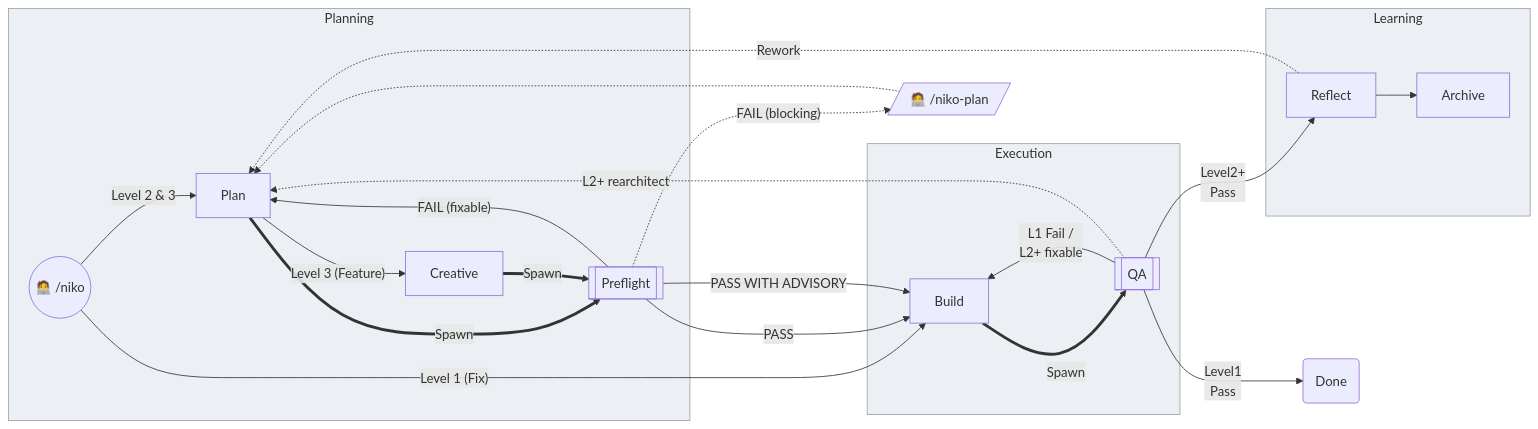
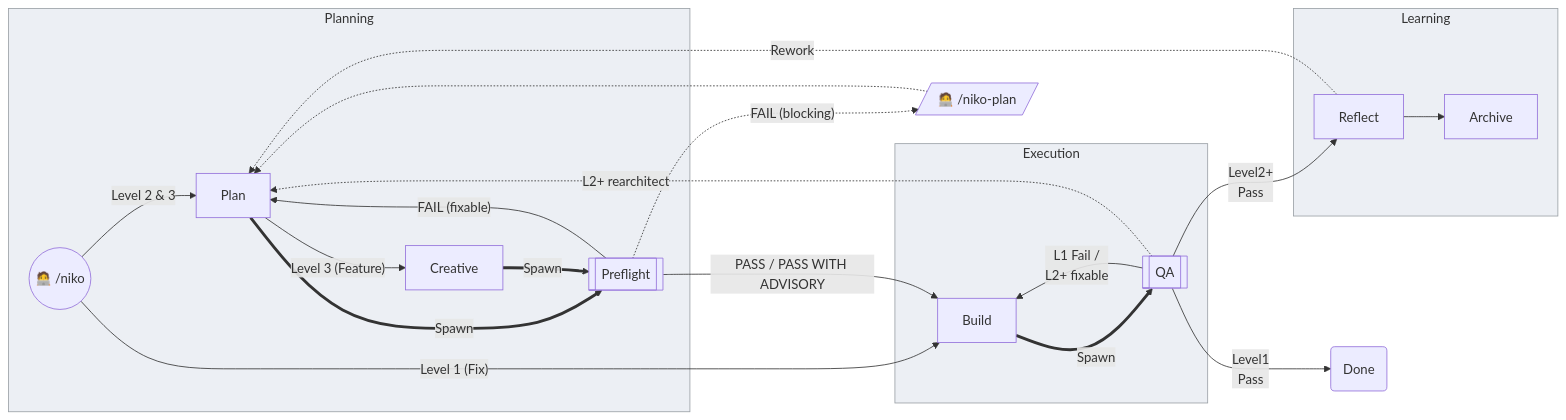
One commit to Texarkanine/.cursor-rules changed the second of 6 diagrams in rulesets/niko/README.md. Above: the diagram before and after it, drawn with Mermaid. The commit also changed other lines of this file and 3 other files, not shown here.

Commit message:
fix(niko): combine Preflight PASS chart edges [#114]

````diff
--- a/rulesets/niko/README.md
+++ b/rulesets/niko/README.md
@@ -88,40 +87,39 @@
 ```mermaid
 flowchart LR
 	Niko(("🧑‍💻 /niko"))
 	Archive["Archive"]
 
 	subgraph Planning
 		Plan["Plan"]
 		Creative["Creative"]
 		Niko -- "Level 2 & 3" --> Plan
 		Plan -- "Level 3 (Feature)" --> Creative
 		Plan ==Spawn==> NikoPreflight[["Preflight"]]
 		Creative ==Spawn==> NikoPreflight
 	end
 
 	Niko -- "Level 1 (Fix)" --> Build
-	NikoPreflight -->|"PASS"| Build
-	NikoPreflight -->|"PASS WITH ADVISORY"| Build
+	NikoPreflight -->|"PASS / PASS WITH ADVISORY"| Build
 	NikoPreflight -->|"FAIL (fixable)"| Plan
 	NikoPreflight -.->|"FAIL (blocking)"| ManualPlan[/"🧑‍💻 /niko-plan"/]
 	ManualPlan -.-> Plan
 
 	subgraph Execution
 		Build["Build"]
 		Build ==Spawn==> NikoQA[["QA"]]
 	end
 
 	NikoQA -->|"L1 Fail /<br>L2+ fixable"| Build
 	NikoQA -.->|"L2+ rearchitect"| Plan
 	NikoQA -->|"Level1<br>Pass"| Done("Done")
 	NikoQA -->|"Level2+<br>Pass"| Reflect
 
 	subgraph Learning
 		Reflect["Reflect"]
 		Reflect -.->|"Rework"| Plan
 		Reflect --> Archive
 	end
 
 	classDef ideology fill:#eceff4,stroke:#9aa0a6,color:#333
 	class Planning,Execution,Learning ideology
 ```
````
